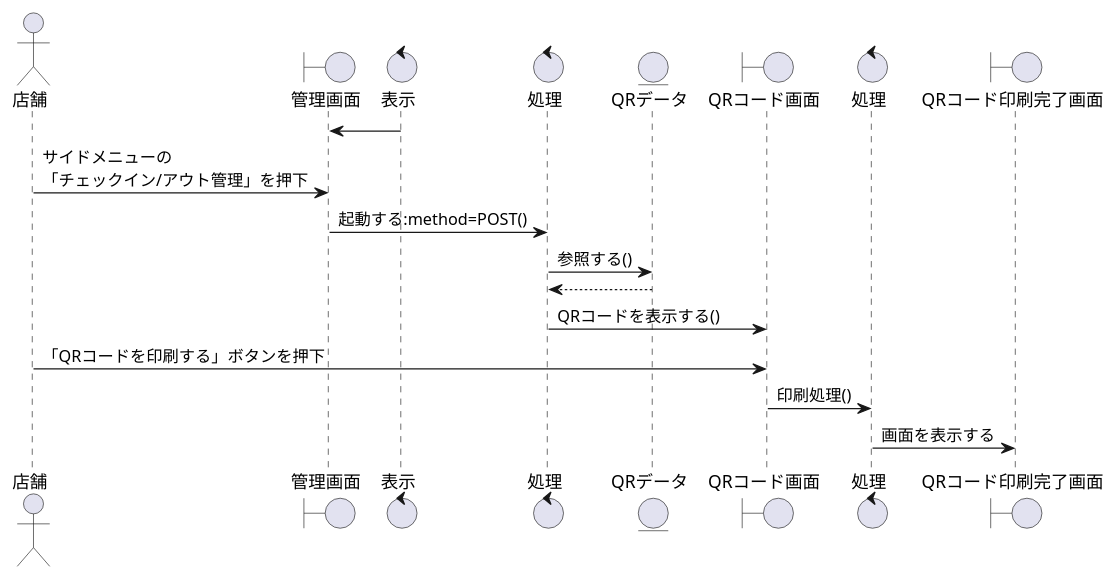
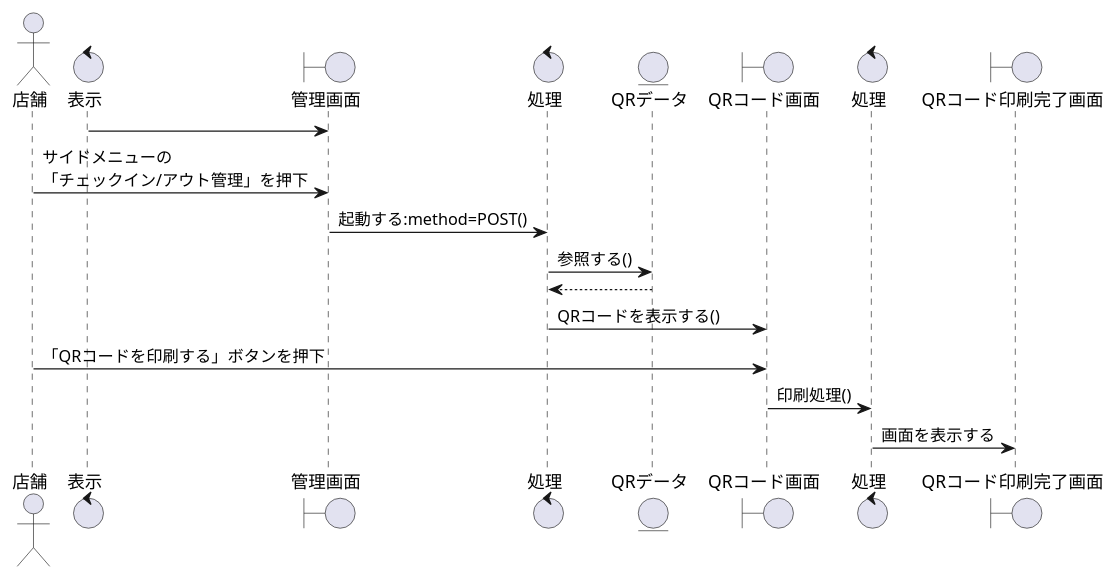
The diagram in sequence_fig/8_storeside_fn/12_QRコードを印刷する.pu (irukacb256/high_Me), drawn with PlantUML before and after one commit.

```diff
--- a/sequence_fig/8_storeside_fn/12_QRコードを印刷する.pu
+++ b/sequence_fig/8_storeside_fn/12_QRコードを印刷する.pu
@@ -1,22 +1,23 @@
 @startuml QRコードを印刷する
 
 actor 店舗 as cp1
 boundary 管理画面 as b1
 control 表示 as co1
+entity 店舗 as b1
 control 処理 as co2
 entity QRデータ as en1
 boundary QRコード画面 as b2
 control 処理 as co3
 boundary QRコード印刷完了画面 as b3
 
 b1   <- co1
 cp1  -> b1 :サイドメニューの\n「チェックイン/アウト管理」を押下
 b1   -> co2 :起動する:method=POST()
 co2  -> en1 :参照する()
 co2 <-- en1
 b2  <- co2 :QRコードを表示する()
 cp1 -> b2 :「QRコードを印刷する」ボタンを押下
 b2 -> co3 :印刷処理()
 co3 -> b3 :画面を表示する
 
 @enduml
```
